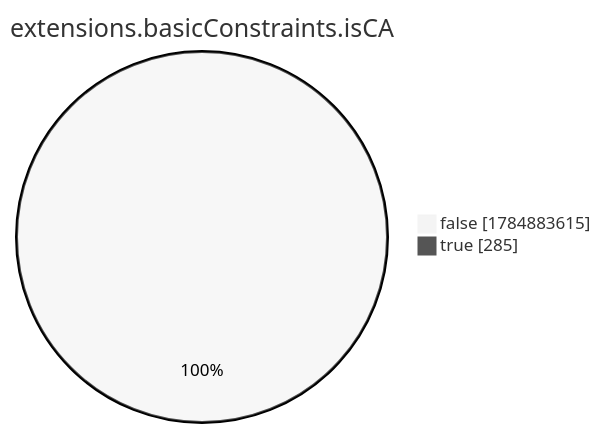
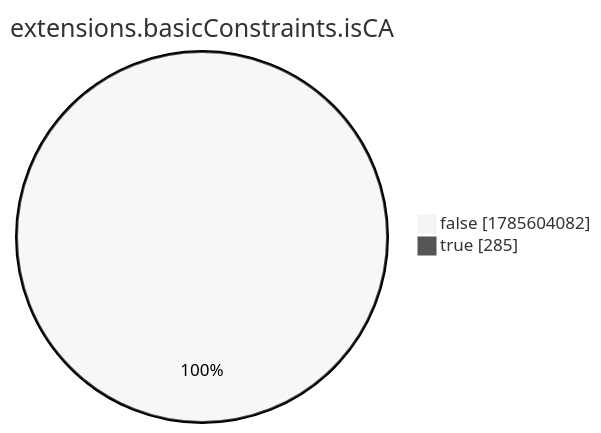
One commit to christiankrug/ctmonitor_visualization changed the eighth of 15 diagrams in xenon2022/README.md. Above: the diagram before and after it, drawn with Mermaid (neutral theme). The commit also changed other lines of this file, not shown here.

````diff
--- a/xenon2022/README.md
+++ b/xenon2022/README.md
@@ -2868,6 +2868,6 @@
 ```mermaid
 pie showData
 title extensions.basicConstraints.isCA
-"false" :1784883615
+"false" :1785604082
 "true" :285
 ```
````
